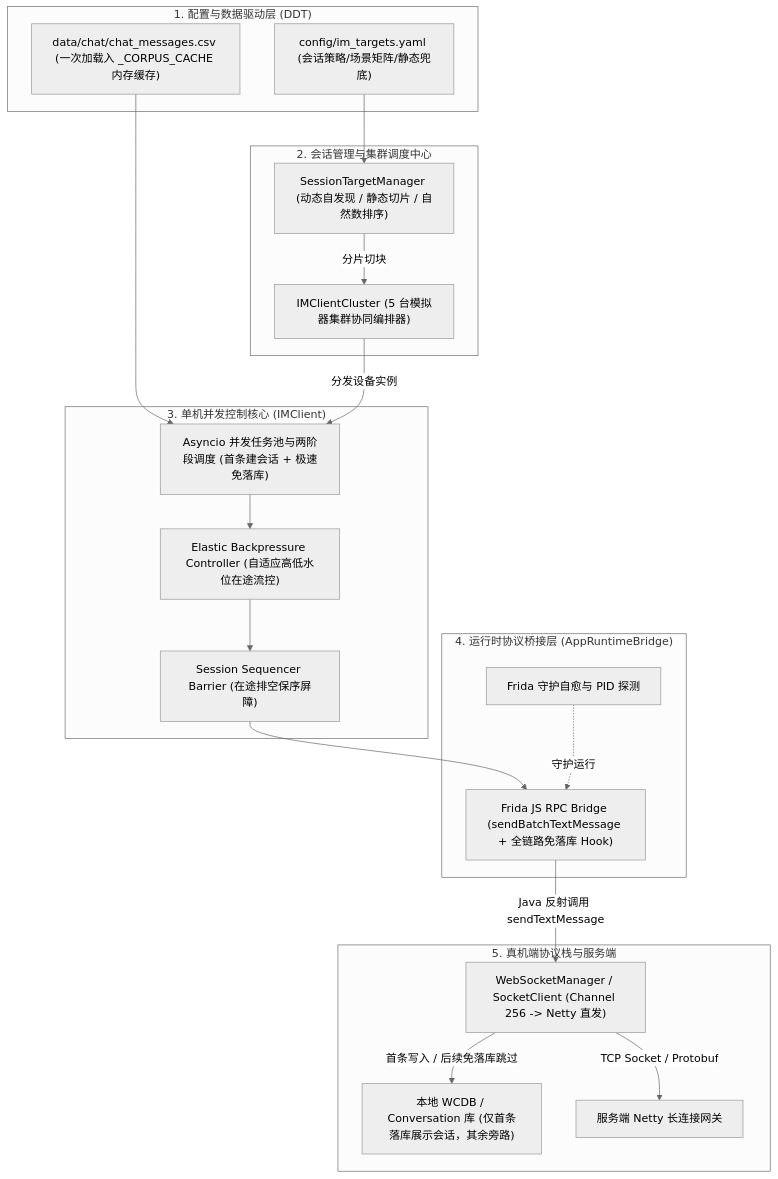
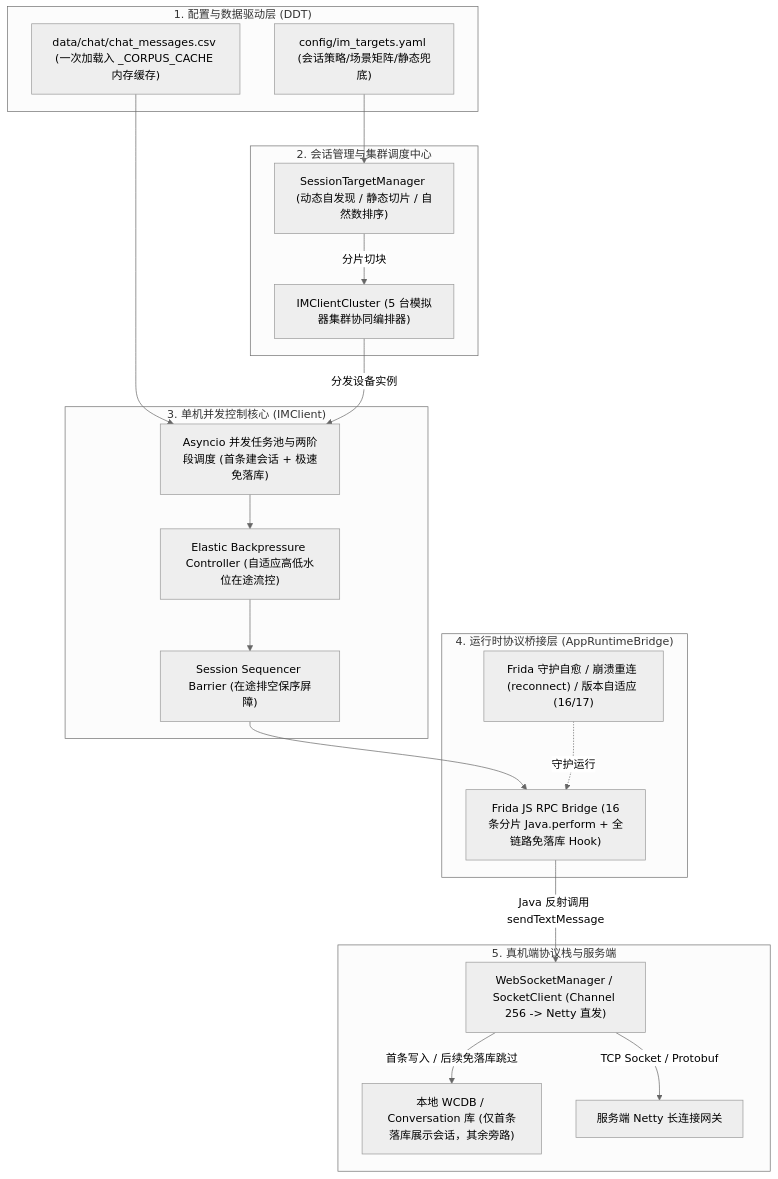
One commit to timini9527/santiao-anti changed the first of 3 diagrams in docs/tools/im_client_flow.md. Above: the diagram before and after it, drawn with Mermaid (neutral theme). The commit also changed other lines of this file and 23 other files, not shown here.

````diff
--- a/docs/tools/im_client_flow.md
+++ b/docs/tools/im_client_flow.md
@@ -11,39 +11,39 @@
 ```mermaid
 flowchart TD
     subgraph Layer1["1. 配置与数据驱动层 (DDT)"]
         CFG["config/im_targets.yaml (会话策略/场景矩阵/静态兜底)"]
         CSV["data/chat/chat_messages.csv (一次加载入 _CORPUS_CACHE 内存缓存)"]
     end
 
     subgraph Layer2["2. 会话管理与集群调度中心"]
         STM["SessionTargetManager (动态自发现 / 静态切片 / 自然数排序)"]
         CLUSTER["IMClientCluster (5 台模拟器集群协同编排器)"]
     end
 
     subgraph Layer3["3. 单机并发控制核心 (IMClient)"]
         QUEUE["Asyncio 并发任务池与两阶段调度 (首条建会话 + 极速免落库)"]
         BP["Elastic Backpressure Controller (自适应高低水位在途流控)"]
         FIFO["Session Sequencer Barrier (在途排空保序屏障)"]
     end
 
     subgraph Layer4["4. 运行时协议桥接层 (AppRuntimeBridge)"]
-        DAEMON["Frida 守护自愈与 PID 探测"]
-        RPC["Frida JS RPC Bridge (sendBatchTextMessage + 全链路免落库 Hook)"]
+        DAEMON["Frida 守护自愈 / 崩溃重连 (reconnect) / 版本自适应 (16/17)"]
+        RPC["Frida JS RPC Bridge (16条分片 Java.perform + 全链路免落库 Hook)"]
     end
 
     subgraph Layer5["5. 真机端协议栈与服务端"]
         NETTY["WebSocketManager / SocketClient (Channel 256 -> Netty 直发)"]
         WCDB["本地 WCDB / Conversation 库 (仅首条落库展示会话，其余旁路)"]
         SERVER["服务端 Netty 长连接网关"]
     end
 
     CFG --> STM
     CSV --> QUEUE
     STM -->|分片切块| CLUSTER
     CLUSTER -->|分发设备实例| QUEUE
     QUEUE --> BP --> FIFO --> RPC
     DAEMON -.->|守护运行| RPC
     RPC -->|Java 反射调用 sendTextMessage| NETTY
     NETTY -->|TCP Socket / Protobuf| SERVER
     NETTY -->|首条写入 / 后续免落库跳过| WCDB
 ```
````
